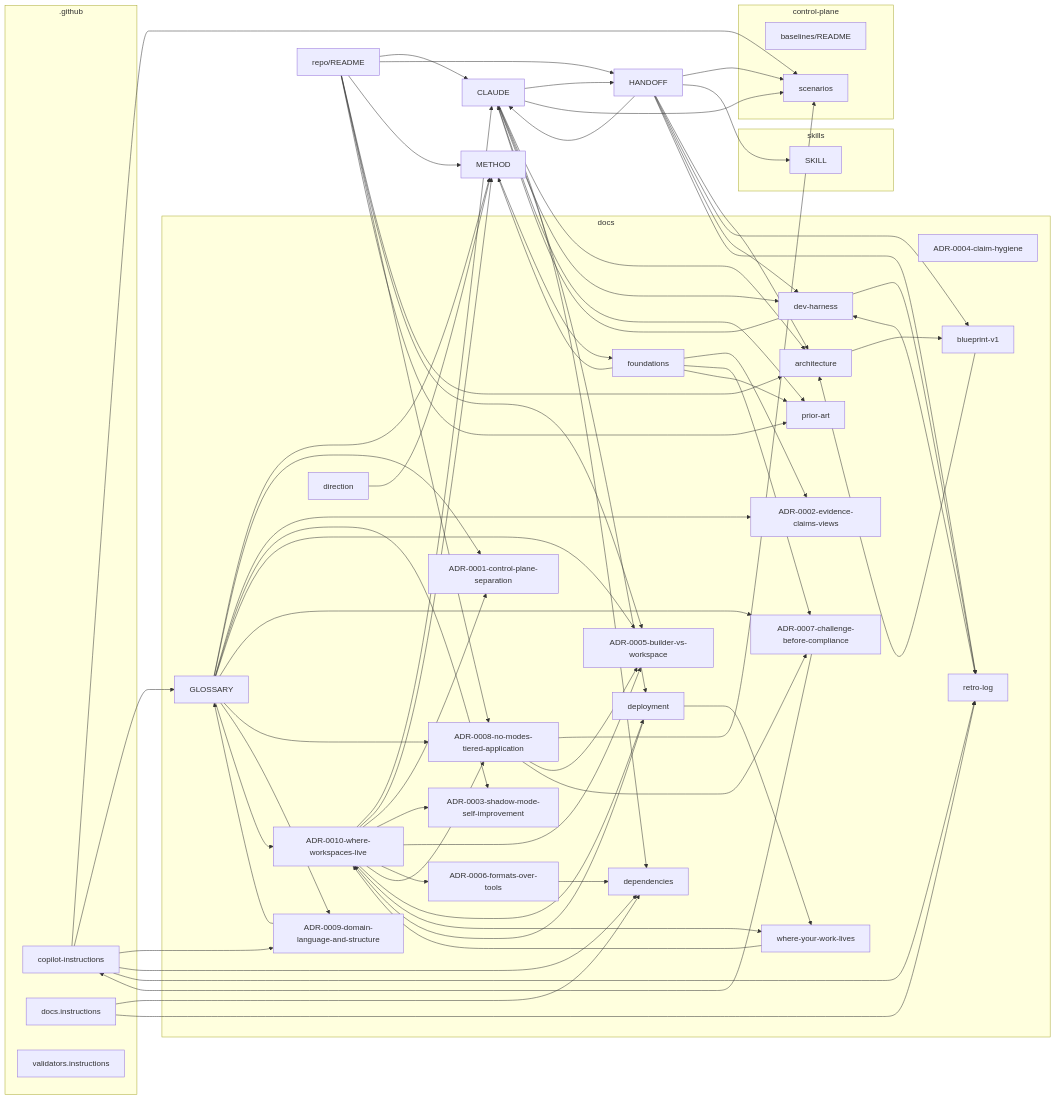
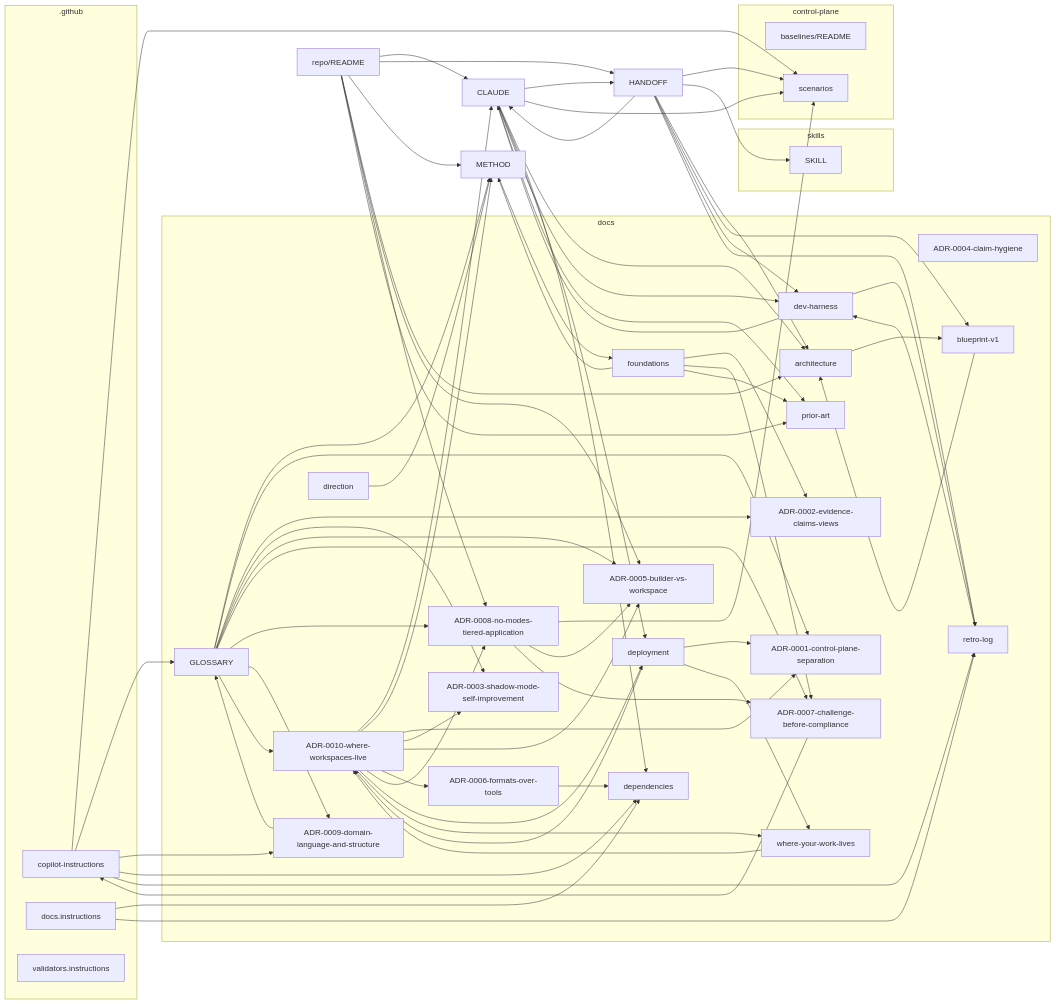
One commit to boulaajaj/ai-mise changed the diagram in docs/mindmap.md. Above: the diagram before and after it, drawn with Mermaid. The commit also changed other lines of this file and 2 other files, not shown here.

Commit message:
Five issues, not four; wikilink ADR-0001 (review)

```diff
--- a/docs/mindmap.md
+++ b/docs/mindmap.md
@@ -99,6 +99,7 @@
   docs_decisions_ADR_0010_where_workspaces_live_md --> docs_decisions_ADR_0008_no_modes_tiered_application_md
   docs_decisions_ADR_0010_where_workspaces_live_md --> docs_deployment_md
   docs_decisions_ADR_0010_where_workspaces_live_md --> docs_where_your_work_lives_md
+  docs_deployment_md --> docs_decisions_ADR_0001_control_plane_separation_md
   docs_deployment_md --> docs_decisions_ADR_0010_where_workspaces_live_md
   docs_deployment_md --> docs_where_your_work_lives_md
   docs_foundations_md --> METHOD_md
```
